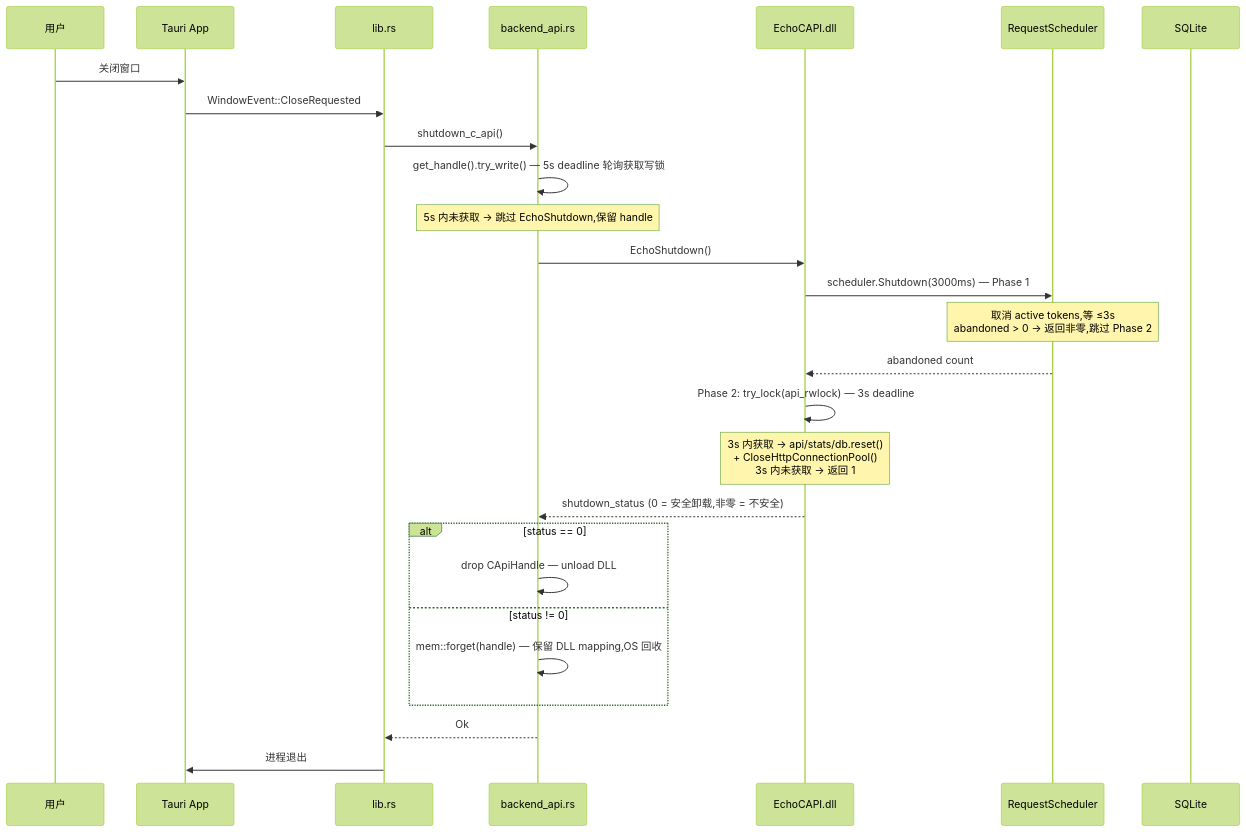
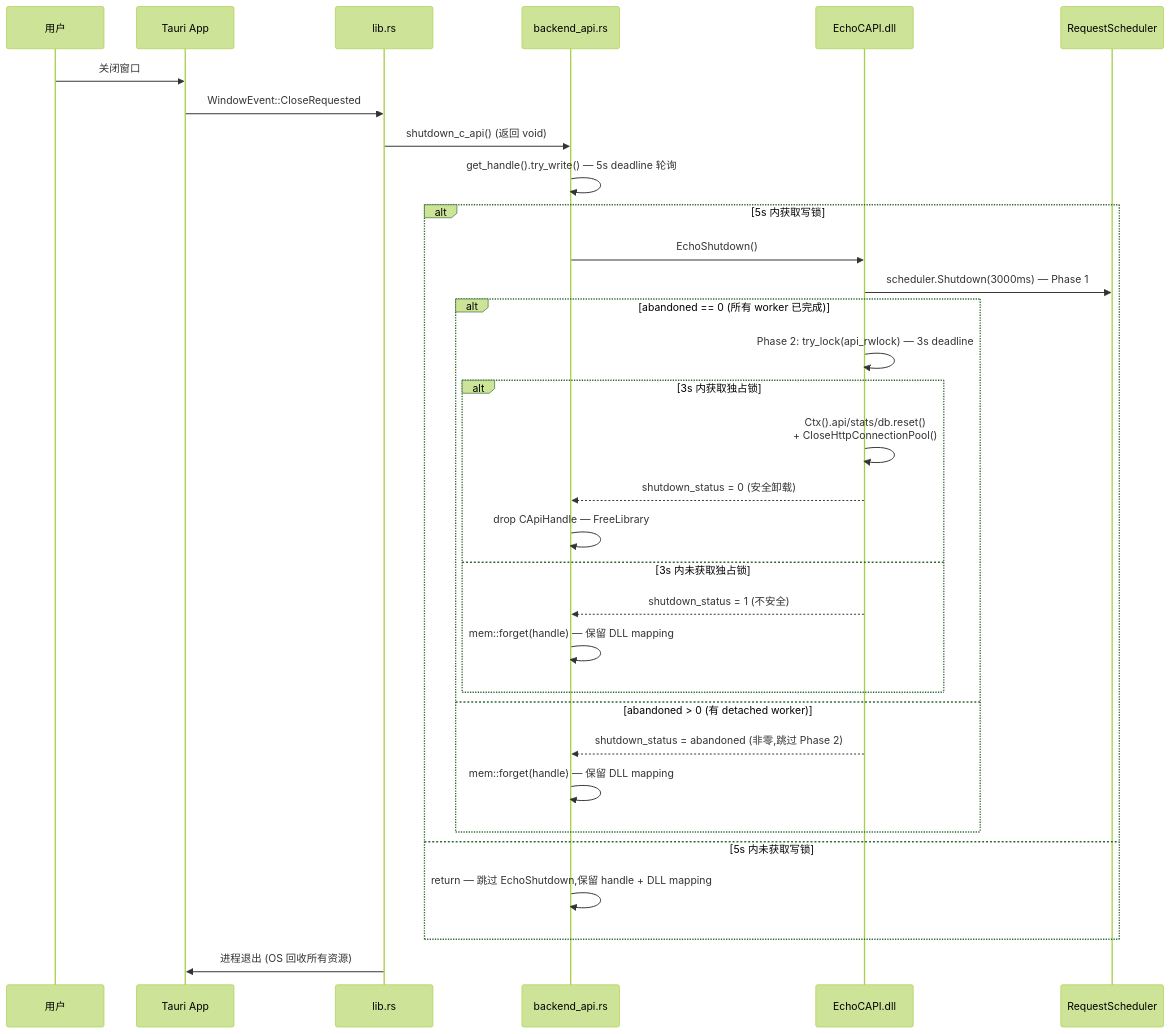
Before and after one commit to Ningbottle/BottlePlayer: the fourth of 4 diagrams in docs/wiki/architecture.md, drawn with Mermaid (forest theme). The commit also changed other lines of this file and 11 other files, not shown here.

First line of the commit message:
docs(wiki): correct P1/P2 errors from second review (g_* globals, IPC count, AudioContext constraint, shutdown branches, DeepSeek Key)

````diff
--- a/docs/wiki/architecture.md
+++ b/docs/wiki/architecture.md
@@ -180,30 +180,39 @@
 ```mermaid
 sequenceDiagram
     participant User as 用户
     participant App as Tauri App
     participant Lib as lib.rs
     participant BA as backend_api.rs
     participant DLL as EchoCAPI.dll
     participant Sched as RequestScheduler
-    participant DB as SQLite
 
     User->>App: 关闭窗口
     App->>Lib: WindowEvent::CloseRequested
-    Lib->>BA: shutdown_c_api()
-    BA->>BA: get_handle().try_write() — 5s deadline 轮询获取写锁
-    Note over BA: 5s 内未获取 → 跳过 EchoShutdown,保留 handle
-    BA->>DLL: EchoShutdown()
-    DLL->>Sched: scheduler.Shutdown(3000ms) — Phase 1
-    Note over Sched: 取消 active tokens,等 ≤3s<br/>abandoned > 0 → 返回非零,跳过 Phase 2
-    Sched-->>DLL: abandoned count
-    DLL->>DLL: Phase 2: try_lock(api_rwlock) — 3s deadline
-    Note over DLL: 3s 内获取 → api/stats/db.reset()<br/>+ CloseHttpConnectionPool()<br/>3s 内未获取 → 返回 1
-    DLL-->>BA: shutdown_status (0 = 安全卸载,非零 = 不安全)
-    alt status == 0
-        BA->>BA: drop CApiHandle — unload DLL
-    else status != 0
-        BA->>BA: mem::forget(handle) — 保留 DLL mapping,OS 回收
+    Lib->>BA: shutdown_c_api()  (返回 void)
+    BA->>BA: get_handle().try_write() — 5s deadline 轮询
+
+    alt 5s 内获取写锁
+        BA->>DLL: EchoShutdown()
+        DLL->>Sched: scheduler.Shutdown(3000ms) — Phase 1
+
+        alt abandoned == 0 (所有 worker 已完成)
+            DLL->>DLL: Phase 2: try_lock(api_rwlock) — 3s deadline
+
+            alt 3s 内获取独占锁
+                DLL->>DLL: Ctx().api/stats/db.reset()<br/>+ CloseHttpConnectionPool()
+                DLL-->>BA: shutdown_status = 0 (安全卸载)
+                BA->>BA: drop CApiHandle — FreeLibrary
+            else 3s 内未获取独占锁
+                DLL-->>BA: shutdown_status = 1 (不安全)
+                BA->>BA: mem::forget(handle) — 保留 DLL mapping
+            end
+        else abandoned > 0 (有 detached worker)
+            DLL-->>BA: shutdown_status = abandoned (非零,跳过 Phase 2)
+            BA->>BA: mem::forget(handle) — 保留 DLL mapping
+        end
+    else 5s 内未获取写锁
+        BA->>BA: return — 跳过 EchoShutdown,保留 handle + DLL mapping
     end
-    BA-->>Lib: Ok
-    Lib->>App: 进程退出
+
+    Lib->>App: 进程退出 (OS 回收所有资源)
 ```
````
